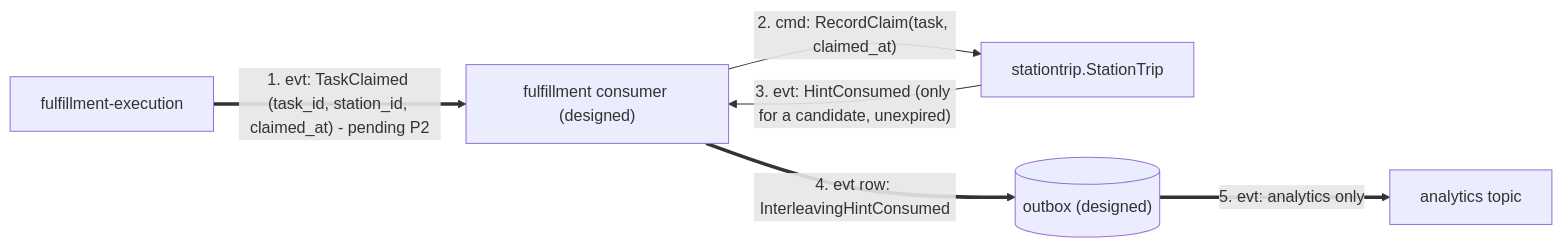
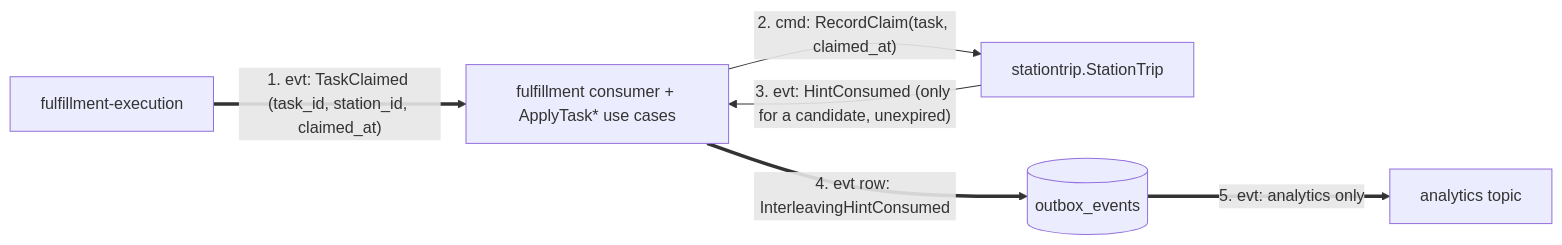
One commit to IQVO/task-interleaving changed the third of 5 diagrams in docs/docs/ddd/domain-message-flow.md. Above: the diagram before and after it, drawn with Mermaid. The commit also changed other lines of this file and 15 other files, not shown here.

````diff
--- a/docs/docs/ddd/domain-message-flow.md
+++ b/docs/docs/ddd/domain-message-flow.md
@@ -75,13 +83,13 @@
 ```mermaid
 flowchart LR
     fe["fulfillment-execution"]
-    cons["fulfillment consumer (designed)"]
+    cons["fulfillment consumer + ApplyTask* use cases"]
     trip["stationtrip.StationTrip"]
-    ob[("outbox (designed)")]
+    ob[("outbox_events")]
     an["analytics topic"]
-    fe ==>|"1. evt: TaskClaimed (task_id, station_id, claimed_at) - pending P2"| cons
+    fe ==>|"1. evt: TaskClaimed (task_id, station_id, claimed_at)"| cons
     cons -->|"2. cmd: RecordClaim(task, claimed_at)"| trip
     trip -->|"3. evt: HintConsumed (only for a candidate, unexpired)"| cons
     cons ==>|"4. evt row: InterleavingHintConsumed"| ob
     ob ==>|"5. evt: analytics only"| an
 ```
````
